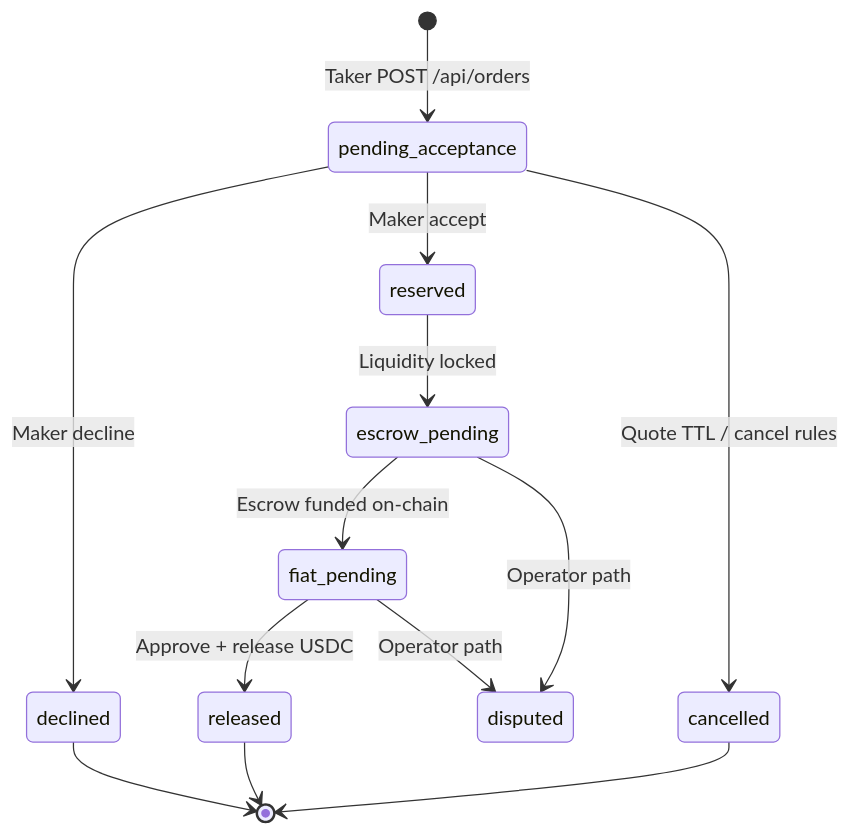
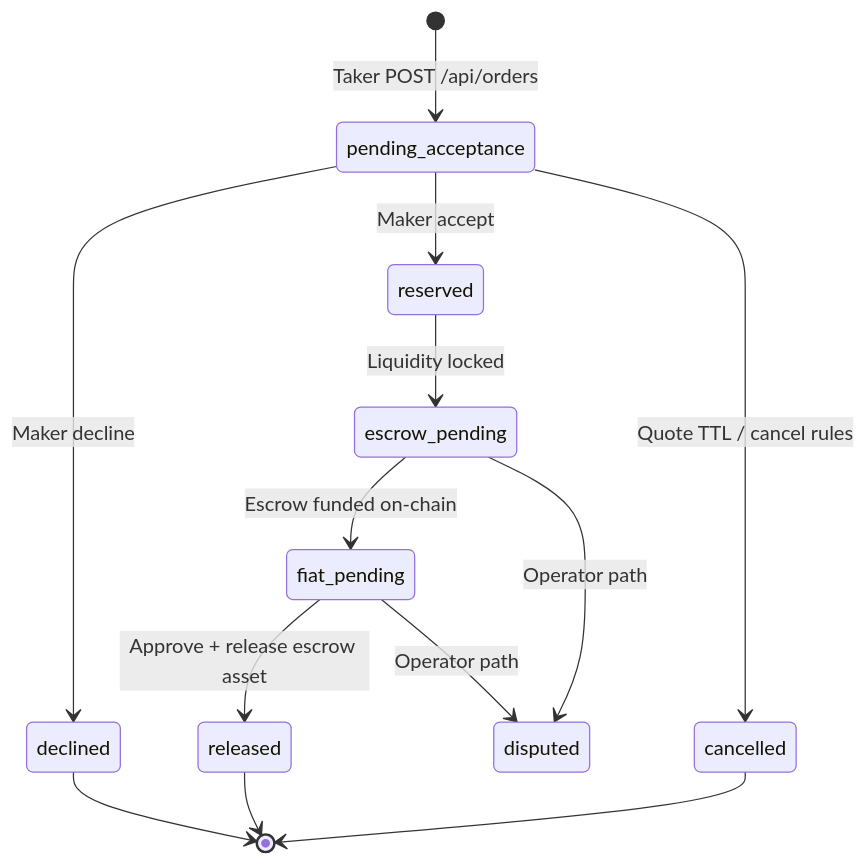
One commit to Bran18/upeer changed the third of 4 diagrams in docs/architecture.md. Above: the diagram before and after it, drawn with Mermaid. The commit also changed other lines of this file and 36 other files, not shown here.

````diff
--- a/docs/architecture.md
+++ b/docs/architecture.md
@@ -99,15 +101,15 @@
 ```mermaid
 stateDiagram-v2
   [*] --> pending_acceptance: Taker POST /api/orders
   pending_acceptance --> declined: Maker decline
   pending_acceptance --> reserved: Maker accept
   pending_acceptance --> cancelled: Quote TTL / cancel rules
   reserved --> escrow_pending: Liquidity locked
   escrow_pending --> fiat_pending: Escrow funded on-chain
-  fiat_pending --> released: Approve + release USDC
+  fiat_pending --> released: Approve + release escrow asset
   escrow_pending --> disputed: Operator path
   fiat_pending --> disputed: Operator path
   released --> [*]
   declined --> [*]
   cancelled --> [*]
 ```
````
